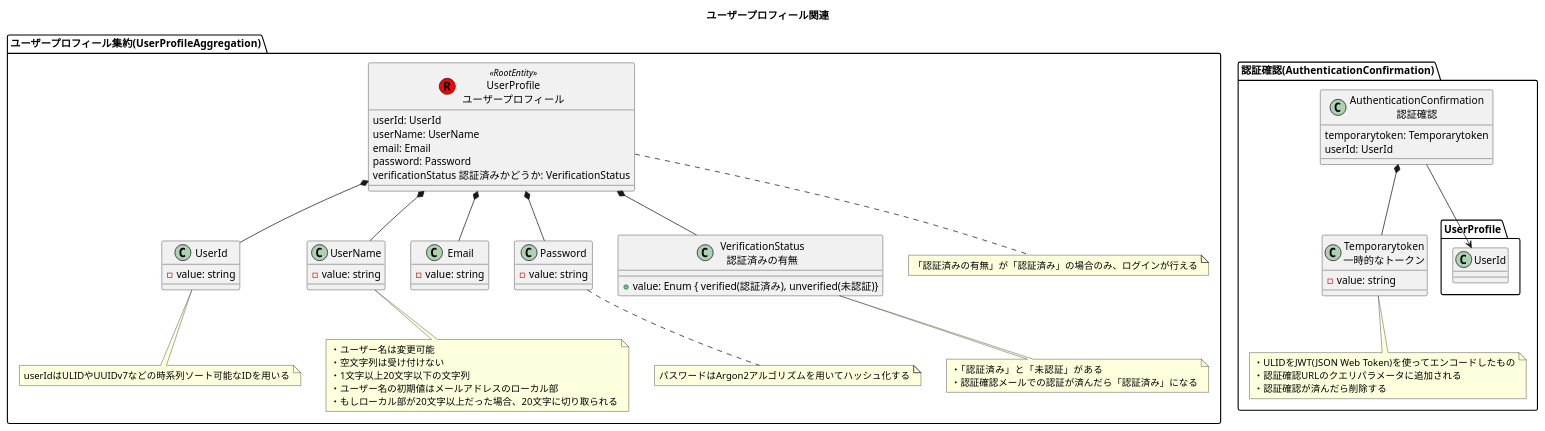
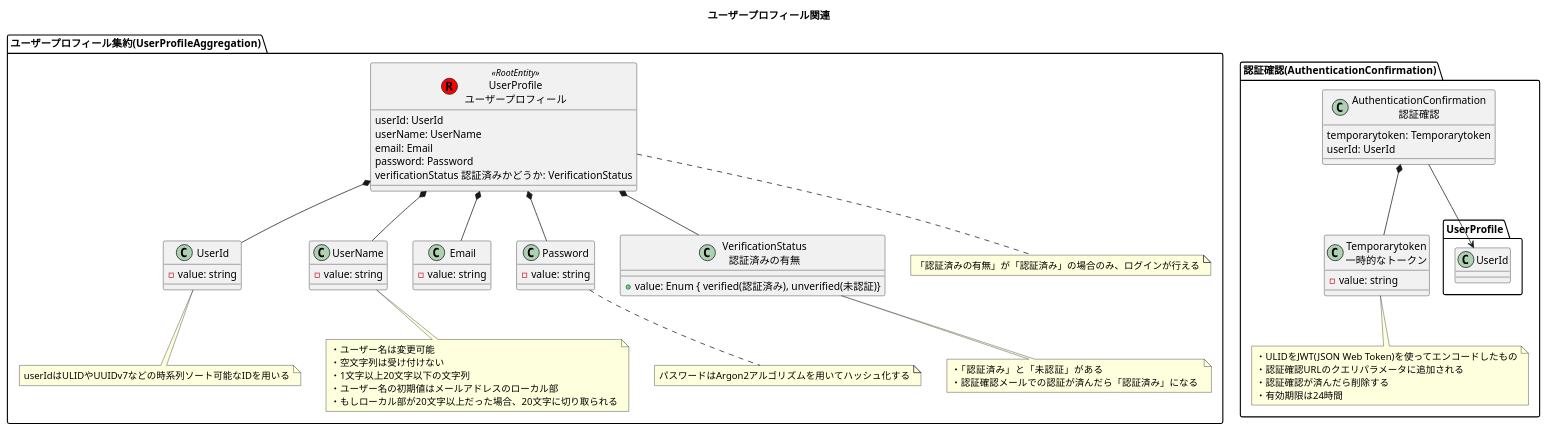
Before and after one commit to h-maki2/identityAccess: the diagram in modelingDiagram/domainModelDiagram/ユーザープロフィール関連.pu, drawn with PlantUML.

Commit message:
修正

```diff
--- a/modelingDiagram/domainModelDiagram/ユーザープロフィール関連.pu
+++ b/modelingDiagram/domainModelDiagram/ユーザープロフィール関連.pu
@@ -1,86 +1,87 @@
 @startuml ユーザープロフィール関連
 
 title ユーザープロフィール関連
 
 package "ユーザープロフィール集約(UserProfileAggregation)" {
     class "UserProfile\nユーザープロフィール" as UserProfile << (R,red) RootEntity >> {
         userId: UserId
         userName: UserName
         email: Email
         password: Password
         verificationStatus 認証済みかどうか: VerificationStatus
     }
 
     class UserId {
         - value: string
     }
 
     class UserName {
         - value: string
     }
 
     class Email {
         - value: string
     }
 
     class Password {
         - value: string
     }
 
     class "VerificationStatus\n認証済みの有無" as VerificationStatus {
         + value: Enum { verified(認証済み), unverified(未認証)}
     }
 
     note bottom of UserProfile
         「認証済みの有無」が「認証済み」の場合のみ、ログインが行える
     end note
 
     note bottom of UserId
         userIdはULIDやUUIDv7などの時系列ソート可能なIDを用いる
     end note
 
     note bottom of UserName
         ・ユーザー名は変更可能
         ・空文字列は受け付けない
         ・1文字以上20文字以下の文字列
         ・ユーザー名の初期値はメールアドレスのローカル部
         ・もしローカル部が20文字以上だった場合、20文字に切り取られる
     end note
 
     note bottom of VerificationStatus
         ・「認証済み」と「未認証」がある
-        ・認証確認メールでの認証が済んだら「認証済み」になる
+        ・認証確認メールでの認証が済んだら「認証済み」になる 
     end note
 
     note bottom of Password
         パスワードはArgon2アルゴリズムを用いてハッシュ化する
     end note
 
     UserProfile *-down- UserId
     UserProfile *-down- UserName
     UserProfile *-down- Email
     UserProfile *-down- Password
     UserProfile *-down- VerificationStatus
 }
 
 package "認証確認(AuthenticationConfirmation)" {
     class "AuthenticationConfirmation\n認証確認" as AuthenticationConfirmation {
         temporarytoken: Temporarytoken
         userId: UserId
     }
 
     class "Temporarytoken\n一時的なトークン" as Temporarytoken {
         - value: string
     }
 
     note bottom of Temporarytoken
         ・ULIDをJWT(JSON Web Token)を使ってエンコードしたもの
         ・認証確認URLのクエリパラメータに追加される
         ・認証確認が済んだら削除する
+        ・有効期限は24時間
     end note
 
     AuthenticationConfirmation *-down- Temporarytoken
     AuthenticationConfirmation -down-> UserProfile.UserId
 }
 
 @enduml
```
